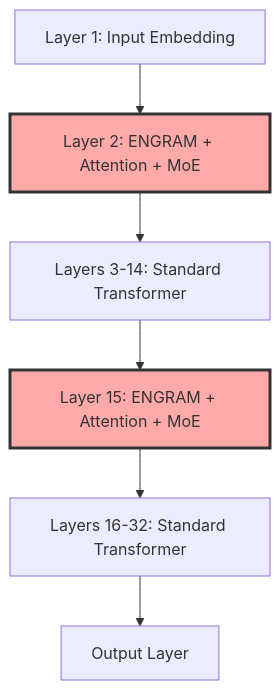
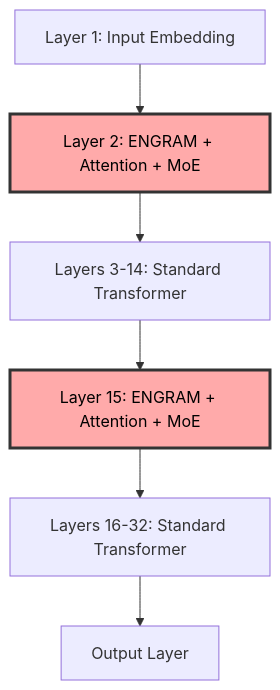
One commit to rsrini7/Learnings changed the sixth of 22 diagrams in Papers/Deepseek-Engram.md. Above: the diagram before and after it, drawn with Mermaid. The commit also changed other lines of this file, not shown here.

Commit message:
mermaid diagram text color updated

````diff
--- a/Papers/Deepseek-Engram.md
+++ b/Papers/Deepseek-Engram.md
@@ -399,11 +398,11 @@
 ```mermaid
 graph TD
     A[Layer 1: Input Embedding] --> B[Layer 2: ENGRAM + Attention + MoE]
     B --> C[Layers 3-14: Standard Transformer]
     C --> D[Layer 15: ENGRAM + Attention + MoE]
     D --> E[Layers 16-32: Standard Transformer]
     E --> F[Output Layer]
     
-    style B fill:#faa,stroke:#333,stroke-width:3px
-    style D fill:#faa,stroke:#333,stroke-width:3px
+    style B fill:#faa,stroke:#333,stroke-width:3px,color:#000
+    style D fill:#faa,stroke:#333,stroke-width:3px,color:#000
 ```
````
